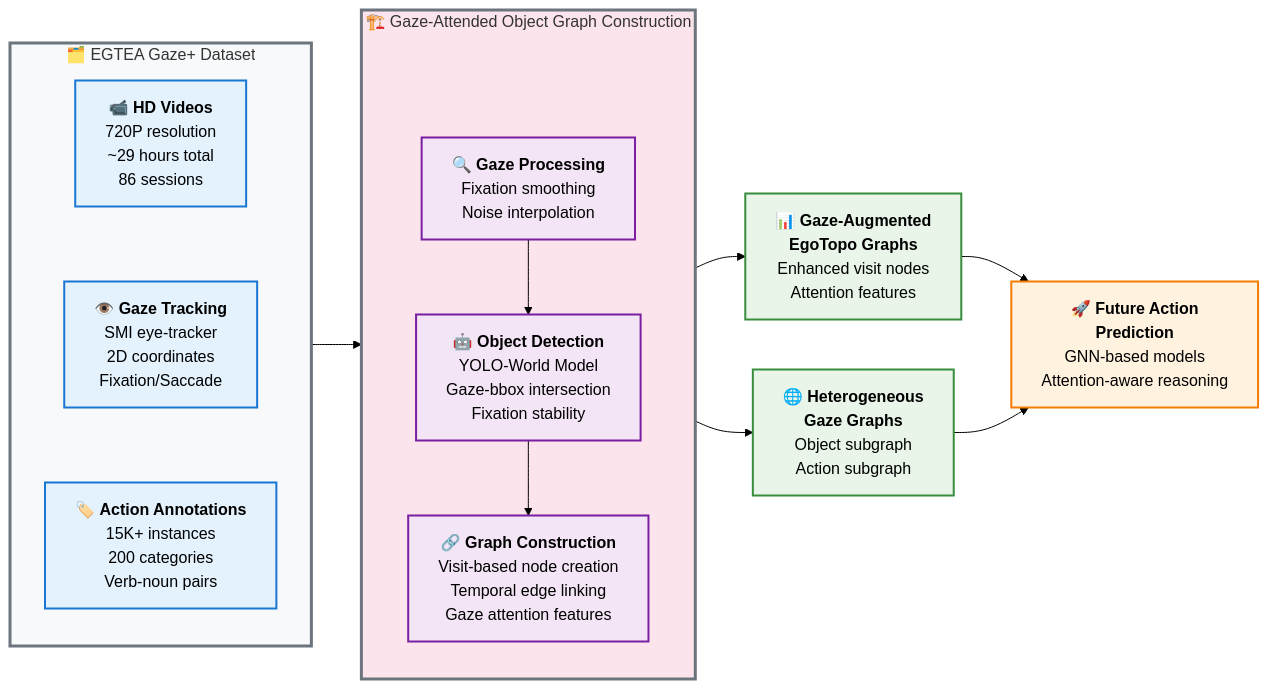
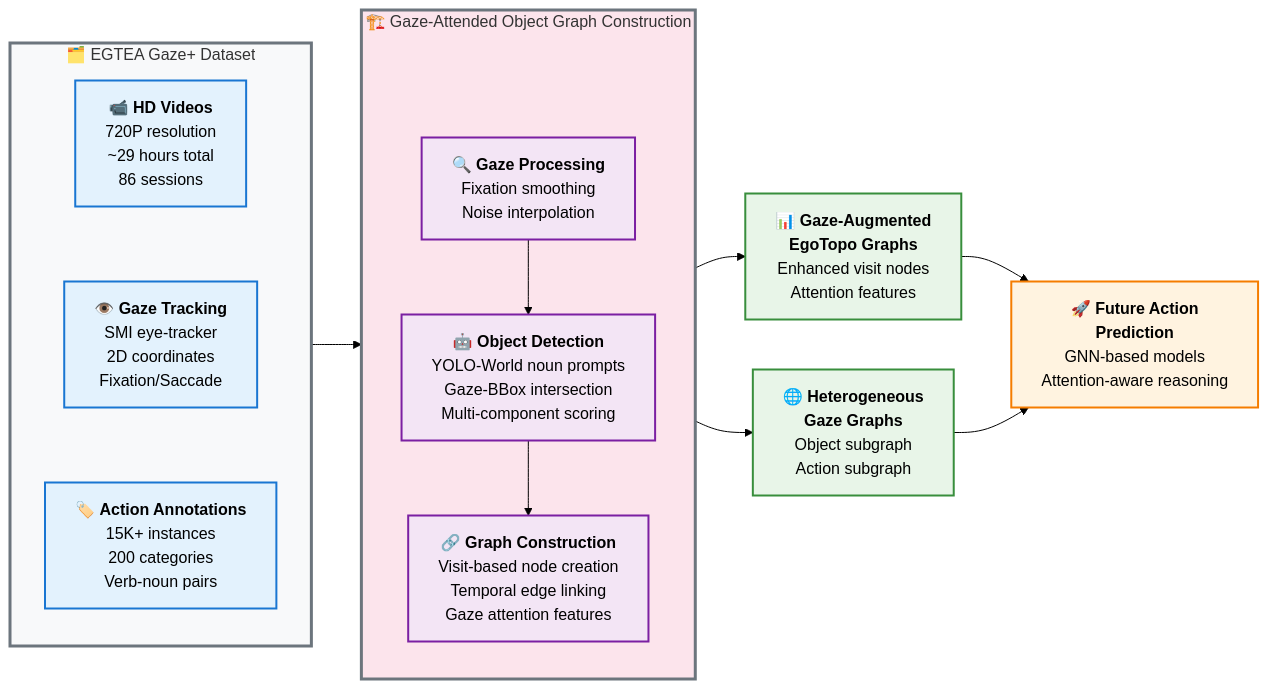
The diagram in figures/graph-construction-overview.md (tavis-siebert/gaze-guided-scene), drawn with Mermaid (forest theme) before and after one commit. The commit also changed other lines of this file, not shown here.

Commit message:
feat(figures): update object detection node to match implementation
Revised pipeline description based on actual object_detection.py and graph_builder.py code

```diff
--- a/figures/graph-construction-overview.md
+++ b/figures/graph-construction-overview.md
@@ -37,9 +37,9 @@
         Noise interpolation`"]
         
         E["`🤖 **Object Detection**
-        YOLO-World Model
-        Gaze-bbox intersection
-        Fixation stability`"]
+        YOLO-World noun prompts
+        Gaze-BBox intersection
+        Multi-component scoring`"]
         
         F["`🔗 **Graph Construction**
         Visit-based node creation
```
